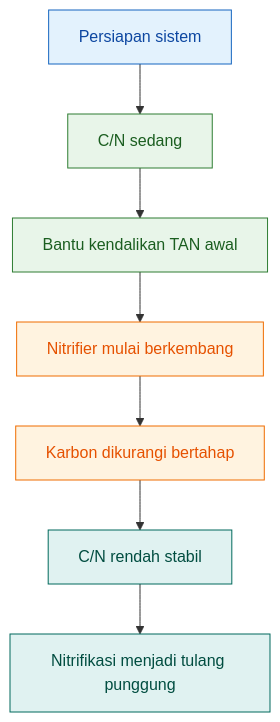
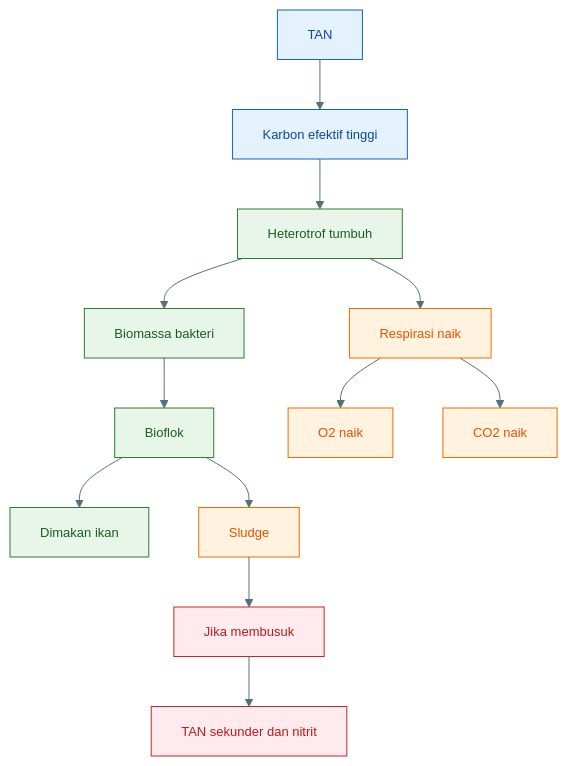
Diagram 11 of 32 in content/blog/agri/perikanan/ratio-cn-rendah-biflok.mdx (slametsampon/kawruhnology), drawn with Mermaid before and after one commit. The commit also changed other lines of this file, not shown here.

Commit message:
upadte rasio c/n rendah

````diff
--- a/content/blog/agri/perikanan/ratio-cn-rendah-biflok.mdx
+++ b/content/blog/agri/perikanan/ratio-cn-rendah-biflok.mdx
@@ -1422,19 +2465,39 @@
-```mermaid id="iz6n8t"
+```mermaid id="jalur-cn-tinggi"
+%%{init: {'theme':'base','themeVariables':{
+'primaryColor':'#E3F2FD',
+'primaryTextColor':'#0D47A1',
+'primaryBorderColor':'#1565C0',
+'secondaryColor':'#E8F5E9',
+'secondaryTextColor':'#1B5E20',
+'secondaryBorderColor':'#2E7D32',
+'tertiaryColor':'#FFF3E0',
+'tertiaryTextColor':'#E65100',
+'tertiaryBorderColor':'#EF6C00',
+'lineColor':'#546E7A',
+'fontSize':'13px'
+}}}%%
 flowchart TD
-    A["Persiapan sistem"] --> B["C/N sedang"]
-    B --> C["Bantu kendalikan TAN awal"]
-    C --> D["Nitrifier mulai berkembang"]
-    D --> E["Karbon dikurangi bertahap"]
-    E --> F["C/N rendah stabil"]
-    F --> G["Nitrifikasi menjadi tulang punggung"]
+    A["TAN"] --> B["Karbon efektif tinggi"]
+    B --> C["Heterotrof tumbuh"]
+    C --> D["Biomassa bakteri"]
+    D --> E["Bioflok"]
+    E --> F["Dimakan ikan"]
+    E --> G["Sludge"]
 
-    classDef prep fill:#e3f2fd,stroke:#1565c0,color:#0d47a1;
-    classDef mid fill:#e8f5e9,stroke:#2e7d32,color:#1b5e20;
-    classDef transition fill:#fff3e0,stroke:#ef6c00,color:#e65100;
-    classDef stable fill:#e0f2f1,stroke:#00695c,color:#004d40;
+    C --> H["Respirasi naik"]
+    H --> I["O2 naik"]
+    H --> J["CO2 naik"]
 
-    class A prep;
-    class B,C mid;
-    class D,E transition;
-    class F,G stable;
+    G --> K["Jika membusuk"]
+    K --> L["TAN sekunder dan nitrit"]
+
+    classDef nitrogen fill:#E3F2FD,stroke:#1565C0,color:#0D47A1;
+    classDef mikroba fill:#E8F5E9,stroke:#2E7D32,color:#1B5E20;
+    classDef risiko fill:#FFF3E0,stroke:#EF6C00,color:#E65100;
+    classDef bahaya fill:#FFEBEE,stroke:#C62828,color:#B71C1C;
+
+    class A,B nitrogen;
+    class C,D,E,F mikroba;
+    class H,I,J,G risiko;
+    class K,L bahaya;
 ```
````
